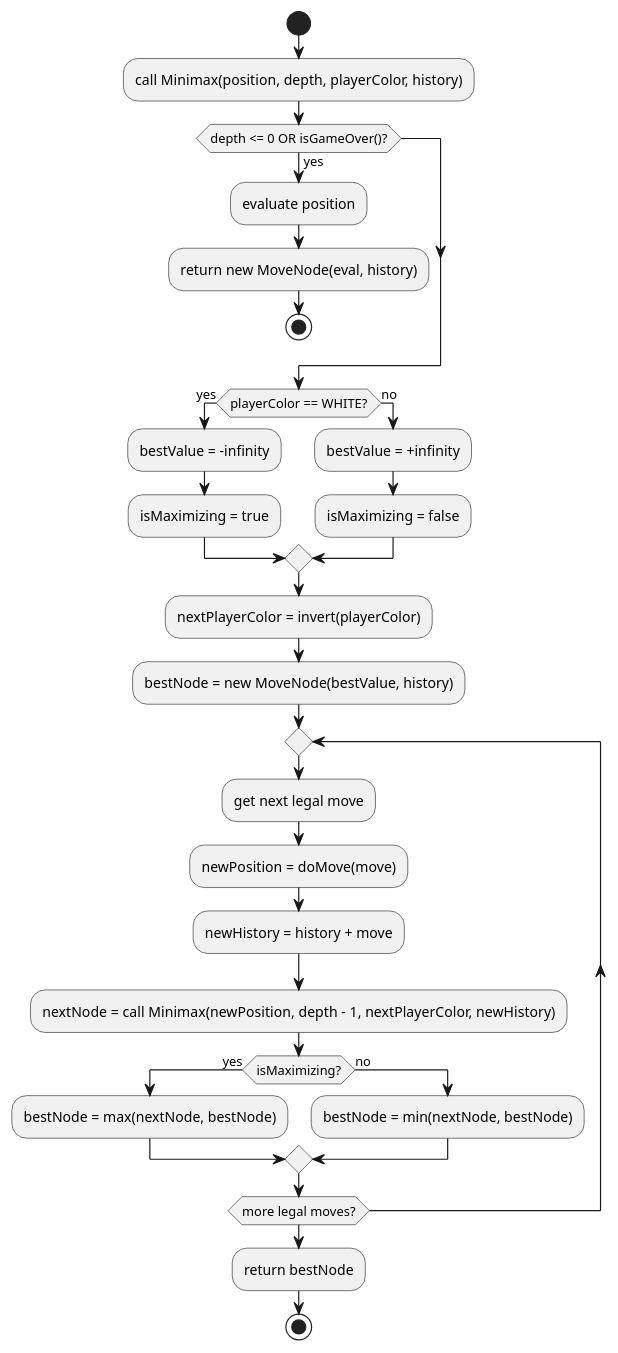
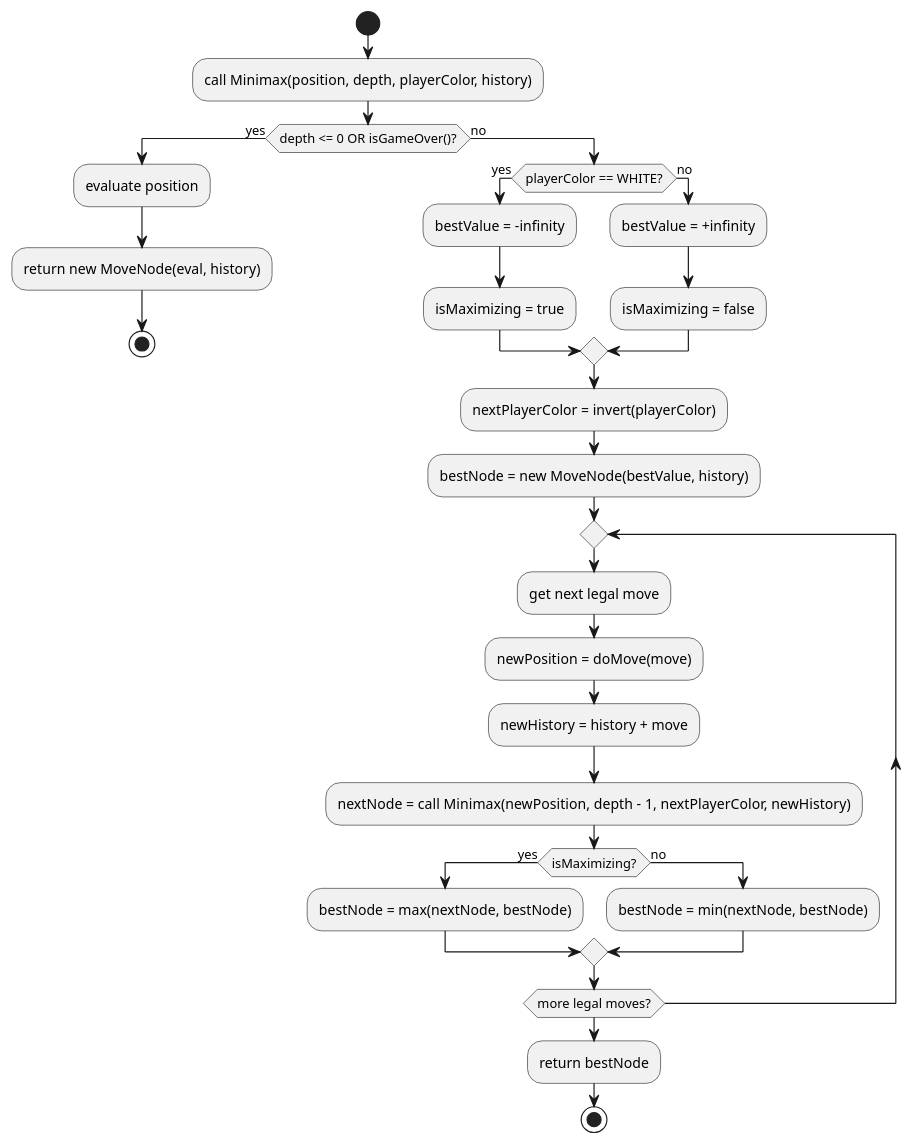
Before and after one commit to l2c0r3/blobfish: the diagram in docs/plantuml/minimax-diagrams/sequential-minimax.puml, drawn with PlantUML.

Commit message:
add no verzweigung

```diff
--- a/docs/plantuml/minimax-diagrams/sequential-minimax.puml
+++ b/docs/plantuml/minimax-diagrams/sequential-minimax.puml
@@ -1,41 +1,43 @@
 @startuml
 start
 
 :call Minimax(position, depth, playerColor, history);
 
 if (depth <= 0 OR isGameOver()?) then (yes)
   :evaluate position;
   :return new MoveNode(eval, history);
   stop
+
+else (no)
+    if (playerColor == WHITE?) then (yes)
+      :bestValue = -infinity;
+      :isMaximizing = true;
+    else (no)
+      :bestValue = +infinity;
+      :isMaximizing = false;
+    endif
+
+    :nextPlayerColor = invert(playerColor);
+
+    :bestNode = new MoveNode(bestValue, history);
+
+    repeat
+      :get next legal move;
+      :newPosition = doMove(move);
+      :newHistory = history + move;
+
+      :nextNode = call Minimax(newPosition, depth - 1, nextPlayerColor, newHistory);
+
+      if (isMaximizing?) then (yes)
+        :bestNode = max(nextNode, bestNode);
+      else (no)
+        :bestNode = min(nextNode, bestNode);
+      endif
+    repeat while (more legal moves?)
+
+    :return bestNode;
+    stop
+
 endif
 
-if (playerColor == WHITE?) then (yes)
-  :bestValue = -infinity;
-  :isMaximizing = true;
-else (no)
-  :bestValue = +infinity;
-  :isMaximizing = false;
-endif
-
-:nextPlayerColor = invert(playerColor);
-
-:bestNode = new MoveNode(bestValue, history);
-
-repeat
-  :get next legal move;
-  :newPosition = doMove(move);
-  :newHistory = history + move;
-
-  :nextNode = call Minimax(newPosition, depth - 1, nextPlayerColor, newHistory);
-
-  if (isMaximizing?) then (yes)
-    :bestNode = max(nextNode, bestNode);
-  else (no)
-    :bestNode = min(nextNode, bestNode);
-  endif
-repeat while (more legal moves?)
-
-:return bestNode;
-stop
-
 @enduml
```
